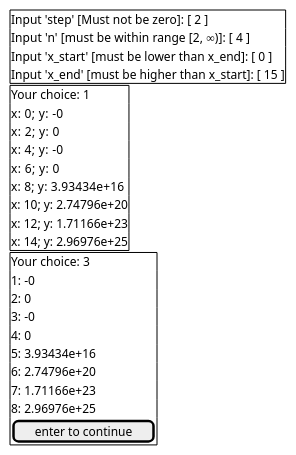
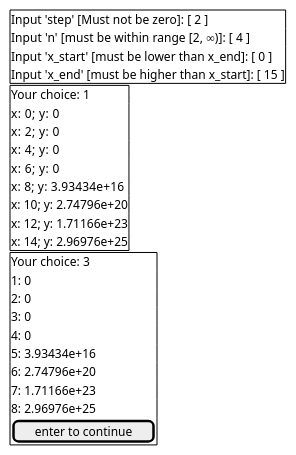
The diagram in wf/calc.puml (Sinfolke/software-engineering-labs), drawn with PlantUML before and after one commit. The commit also changed 18 other files, not shown here.

```diff
--- a/wf/calc.puml
+++ b/wf/calc.puml
@@ -1,35 +1,35 @@
 @startsalt
 {
   {+
     Input 'step' [Must not be zero]: [ 2 ]
     Input 'n' [must be within range [2, ∞)]: [ 4 ]
     Input 'x_start' [must be lower than x_end]: [ 0 ]
     Input 'x_end' [must be higher than x_start]: [ 15 ]
   }
   |
   {+
     Your choice: 1
-    x: 0;  y: -0
+    x: 0;  y: 0
     x: 2;  y: 0
-    x: 4;  y: -0
+    x: 4;  y: 0
     x: 6;  y: 0
     x: 8;  y: 3.93434e+16
     x: 10; y: 2.74796e+20
     x: 12; y: 1.71166e+23
     x: 14; y: 2.96976e+25
   }
   |
   {+
     Your choice: 3
-    1: -0
+    1: 0
     2: 0
-    3: -0
+    3: 0
     4: 0
     5: 3.93434e+16
     6: 2.74796e+20
     7: 1.71166e+23
     8: 2.96976e+25
     [enter to continue]
   }
 }
 @enduml
```
